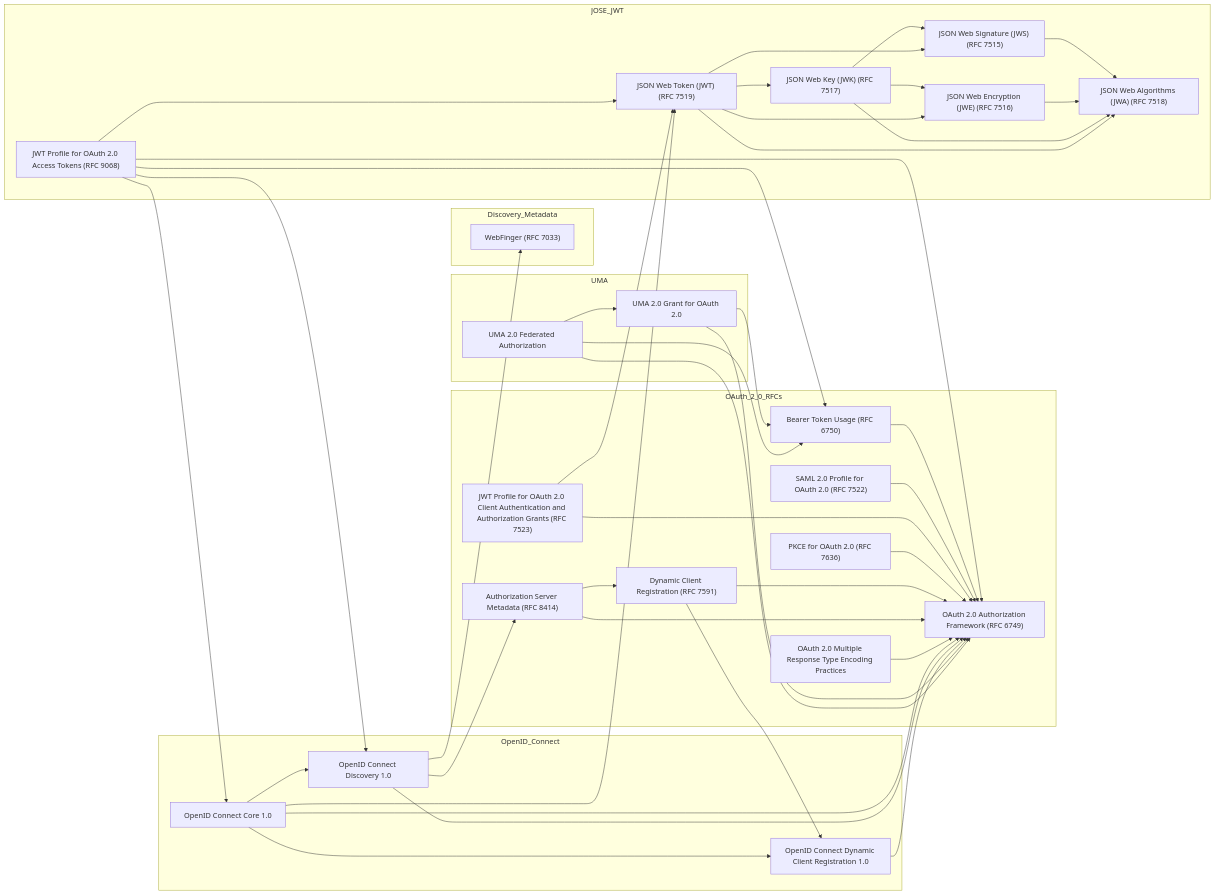
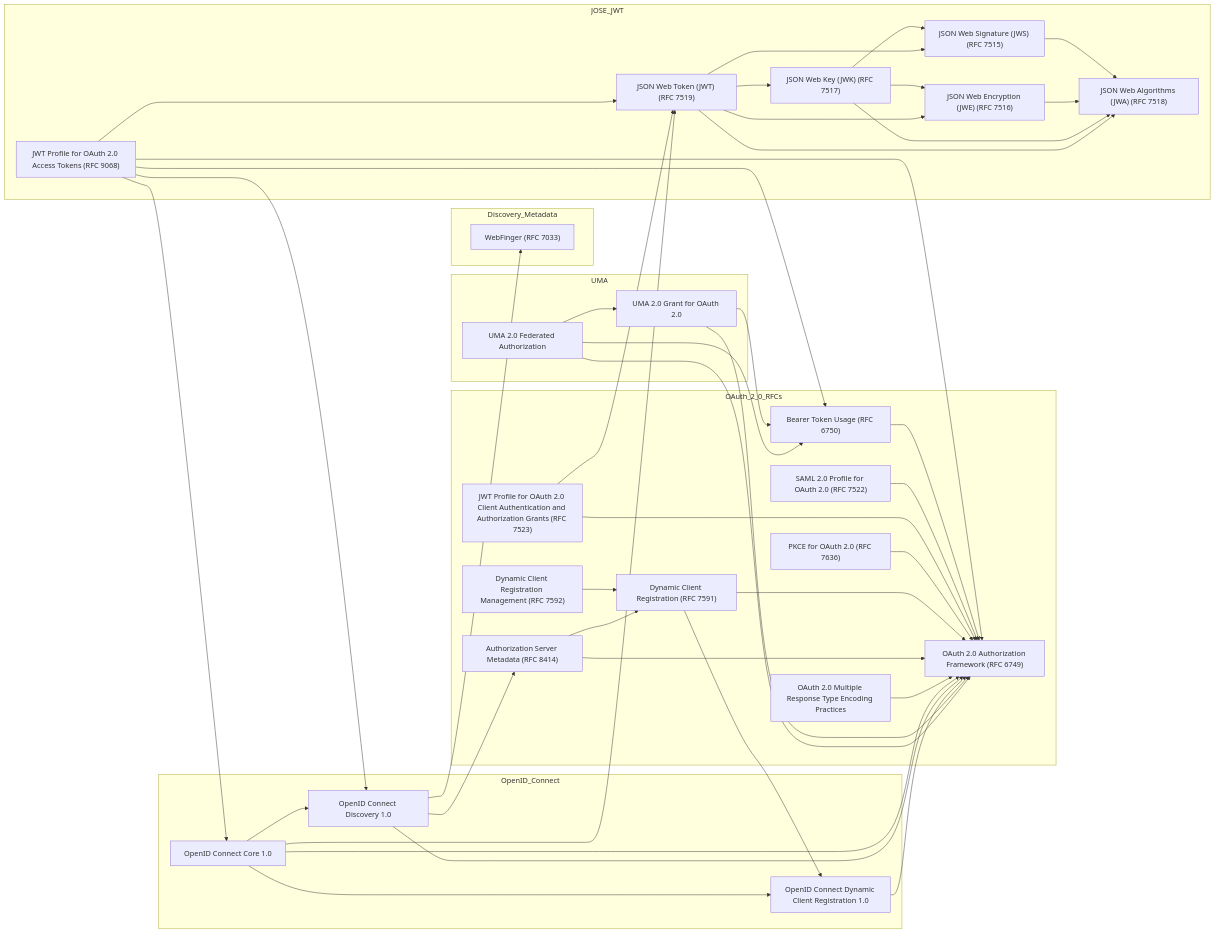
Before and after one commit to ryanspletzer/oidc-oauth-spec-graph: the diagram in Graph.md, drawn with Mermaid. The commit also changed 1 other file, not shown here.

Commit message:
Adds RFC 7592 to OAuth 2.0 specification graph
Includes Dynamic Client Registration Management Protocol (RFC 7592) to provide comprehensive coverage of OAuth 2.0 client registration capabilities.

RFC 7592 extends RFC 7591 by defining how clients can manage their dynamically registered configurations, completing the dynamic client registration ecosystem in the documentation.

```diff
--- a/Graph.md
+++ b/Graph.md
@@ -18,6 +18,7 @@
     RFC7523["JWT Profile for OAuth 2.0 Client Authentication and Authorization Grants (RFC 7523)"]
     RFC7636["PKCE for OAuth 2.0 (RFC 7636)"]
     RFC7591["Dynamic Client Registration (RFC 7591)"]
+    RFC7592["Dynamic Client Registration Management (RFC 7592)"]
     RFC8414["Authorization Server Metadata (RFC 8414)"]
     OAuth2_MultiResp["OAuth 2.0 Multiple Response Type Encoding Practices"]
   end
@@ -50,6 +51,7 @@
   RFC7523 --> RFC7519
   RFC7636 --> RFC6749
   RFC7591 --> RFC6749
+  RFC7592 --> RFC7591
   RFC8414 --> RFC6749
   RFC8414 --> RFC7591
   OAuth2_MultiResp --> RFC6749
@@ -106,6 +108,7 @@
   click RFC7523 "https://datatracker.ietf.org/doc/html/rfc7523" "JWT Profile for OAuth 2.0 Client Authentication and Authorization Grants (RFC 7523)"
   click RFC7636 "https://datatracker.ietf.org/doc/html/rfc7636" "PKCE (RFC 7636)"
   click RFC7591 "https://datatracker.ietf.org/doc/html/rfc7591" "Dynamic Client Registration (RFC 7591)"
+  click RFC7592 "https://datatracker.ietf.org/doc/html/rfc7592" "Dynamic Client Registration Management (RFC 7592)"
   click RFC8414 "https://datatracker.ietf.org/doc/html/rfc8414" "Authorization Server Metadata (RFC 8414)"
   click OAuth2_MultiResp "https://openid.net/specs/oauth-v2-multiple-response-types-1_0.html" "OAuth 2.0 Multiple Response Type Encoding Practices"
 
```
